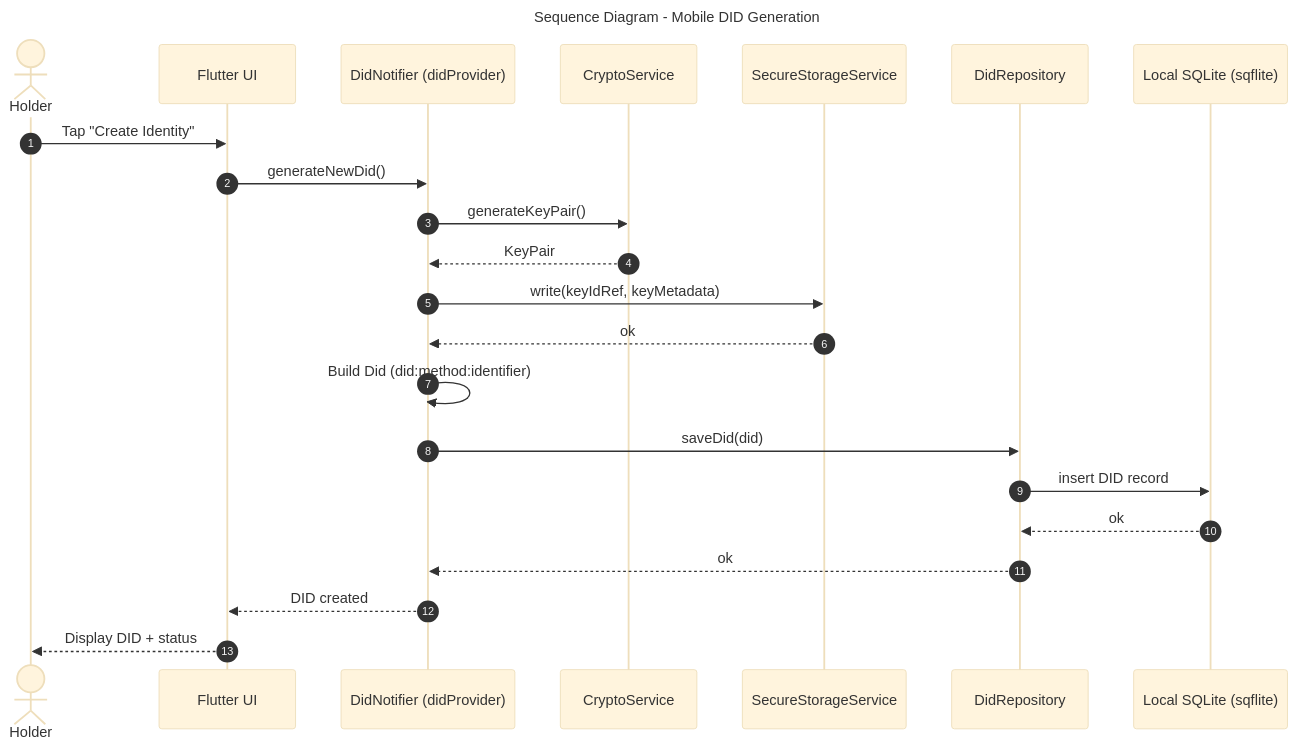
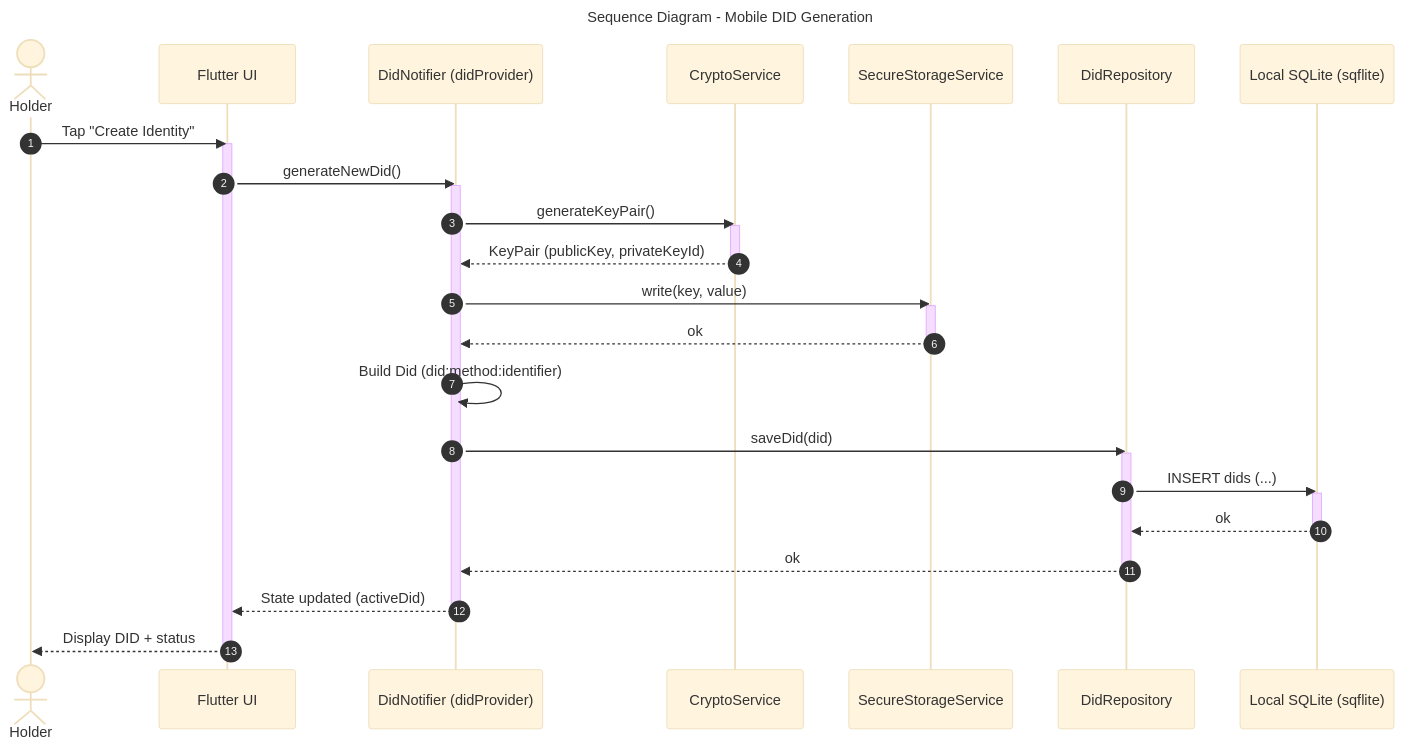
Before and after one commit to CHATEAUFORGE-LLC/QuantumZero: the diagram in diagrams/sequence-mobile-did-generation.mmd, drawn with Mermaid. The commit also changed 41 other files, not shown here.

Commit message:
Standardized all sequence diagrams, and refactored everything to ensure UML compliance, unification of content and design of key diagrams

```diff
--- a/diagrams/sequence-mobile-did-generation.mmd
+++ b/diagrams/sequence-mobile-did-generation.mmd
@@ -1,28 +1,45 @@
 ---
 title: Sequence Diagram - Mobile DID Generation
 config:
   theme: base
 ---
 %% QuantumZero UML palette note: actors/external=#fff7e6/#b45309, system/component=#e0f2fe/#075985, datastore=#ecfccb/#4d7c0f, notes=#fff9c4/#d97706. Aligns diagrams to Deliverable 1 UML/DFD theme.
 sequenceDiagram
   autonumber
   actor User as Holder
   participant UI as Flutter UI
   participant DidSM as DidNotifier (didProvider)
   participant Crypto as CryptoService
   participant Storage as SecureStorageService
   participant Repo as DidRepository
   participant DB as Local SQLite (sqflite)
- User->>UI: Tap "Create Identity"
- UI->>DidSM: generateNewDid()
- DidSM->>Crypto: generateKeyPair()
-  Crypto-->>DidSM: KeyPair
- DidSM->>Storage: write(keyIdRef, keyMetadata)
- Storage-->>DidSM: ok
- DidSM->>DidSM: Build Did (did:method:identifier)
- DidSM->>Repo: saveDid(did)
- Repo->>DB: insert DID record
- DB-->>Repo: ok
- Repo-->>DidSM: ok
-  DidSM-->>UI: DID created
+
+  User->>UI: Tap "Create Identity"
+  activate UI
+  UI->>DidSM: generateNewDid()
+  activate DidSM
+
+  DidSM->>Crypto: generateKeyPair()
+  activate Crypto
+  Crypto-->>DidSM: KeyPair (publicKey, privateKeyId)
+  deactivate Crypto
+
+  DidSM->>Storage: write(key, value)
+  activate Storage
+  Storage-->>DidSM: ok
+  deactivate Storage
+
+  DidSM->>DidSM: Build Did (did:method:identifier)
+  DidSM->>Repo: saveDid(did)
+  activate Repo
+  Repo->>DB: INSERT dids (...)
+  activate DB
+  DB-->>Repo: ok
+  deactivate DB
+  Repo-->>DidSM: ok
+  deactivate Repo
+
+  DidSM-->>UI: State updated (activeDid)
+  deactivate DidSM
   UI-->>User: Display DID + status
+  deactivate UI
```
